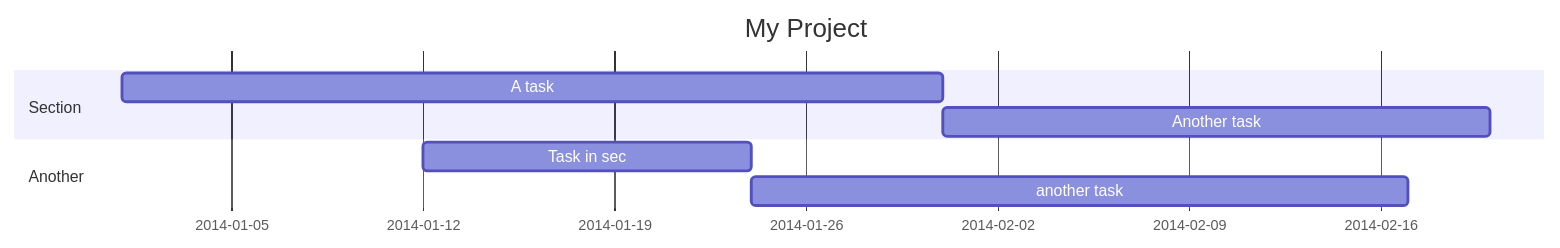
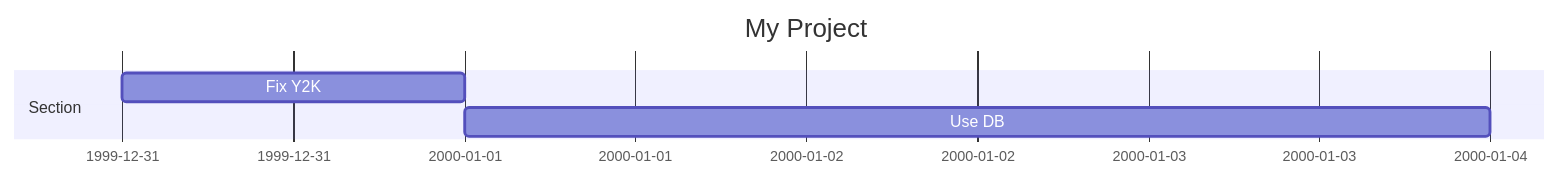
The diagram in level-0/README.md (fhnw-imvs/fhnw-ipro-indoor-climate), drawn with Mermaid before and after one commit. The commit also changed other lines of this file, not shown here.

````diff
--- a/level-0/README.md
+++ b/level-0/README.md
@@ -38,11 +42,8 @@
-  ```mermaid
+```mermaid
 gantt
     title My Project
     dateFormat  YYYY-MM-DD
     section Section
-    A task           :a1, 2014-01-01, 30d
-    Another task     :after a1  , 20d
-    section Another
-    Task in sec      :2014-01-12  , 12d
-    another task      : 24d
+    Fix Y2K :t1, 1999-12-31, 1d
+    Use DB  :after t1, 3d
 ```  
````
